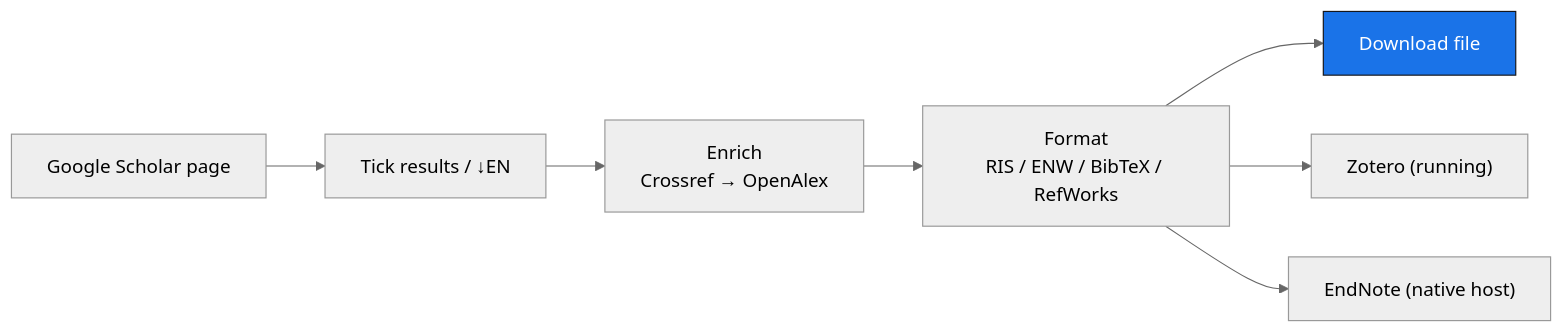
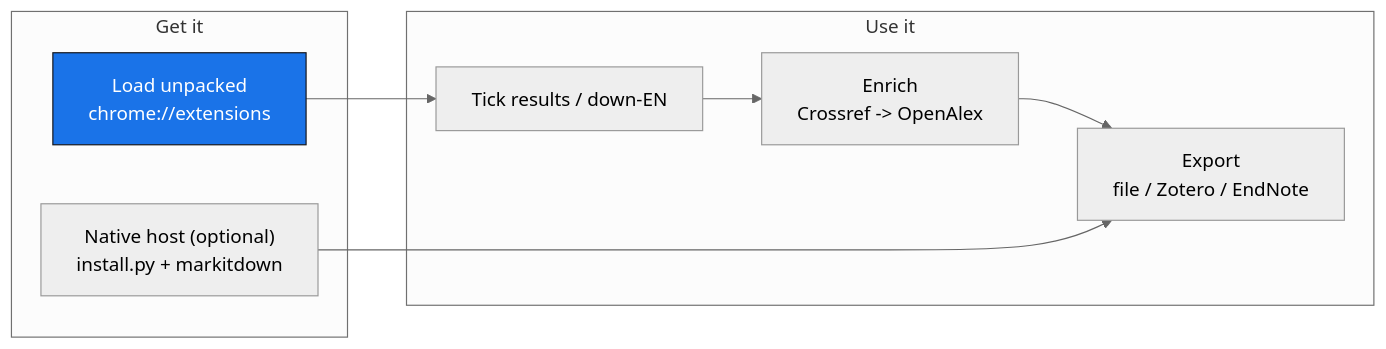
The diagram in SETUP.md (AliAwaisKhalid/scholar-to-endnote), drawn with Mermaid (neutral theme) before and after one commit. The commit also changed other lines of this file, not shown here.

Commit message:
Reformat SETUP.md in gitmanual install-mode layout

````diff
--- a/SETUP.md
+++ b/SETUP.md
@@ -48,11 +42,16 @@
 ```mermaid
 flowchart LR
-  scholar["Google Scholar page"] --> pick["Tick results / ↓EN"]
-  pick --> enrich["Enrich<br/>Crossref → OpenAlex"]
-  enrich --> fmt["Format<br/>RIS / ENW / BibTeX / RefWorks"]
-  fmt --> file["Download file"]
-  fmt --> zotero["Zotero (running)"]
-  fmt --> endnote["EndNote (native host)"]
+  subgraph get["Get it"]
+    unpacked["Load unpacked<br/>chrome://extensions"]
+    host["Native host (optional)<br/>install.py + markitdown"]
+  end
+  subgraph run["Use it"]
+    pick["Tick results / down-EN"]
+    enrich["Enrich<br/>Crossref -> OpenAlex"]
+    out["Export<br/>file / Zotero / EndNote"]
+  end
+  unpacked --> pick --> enrich --> out
+  host --> out
   classDef best fill:#1a73e8,stroke:#15161a,color:#fff
-  class file best
+  class unpacked best
 ```
````
